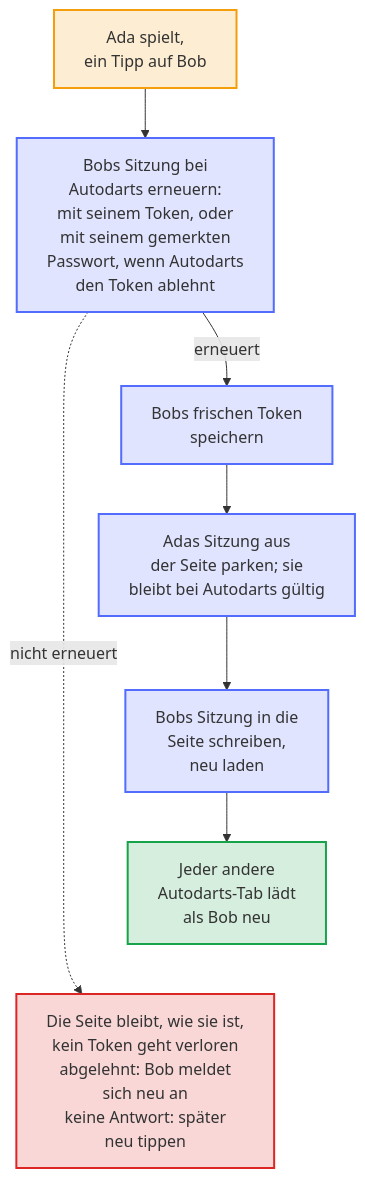
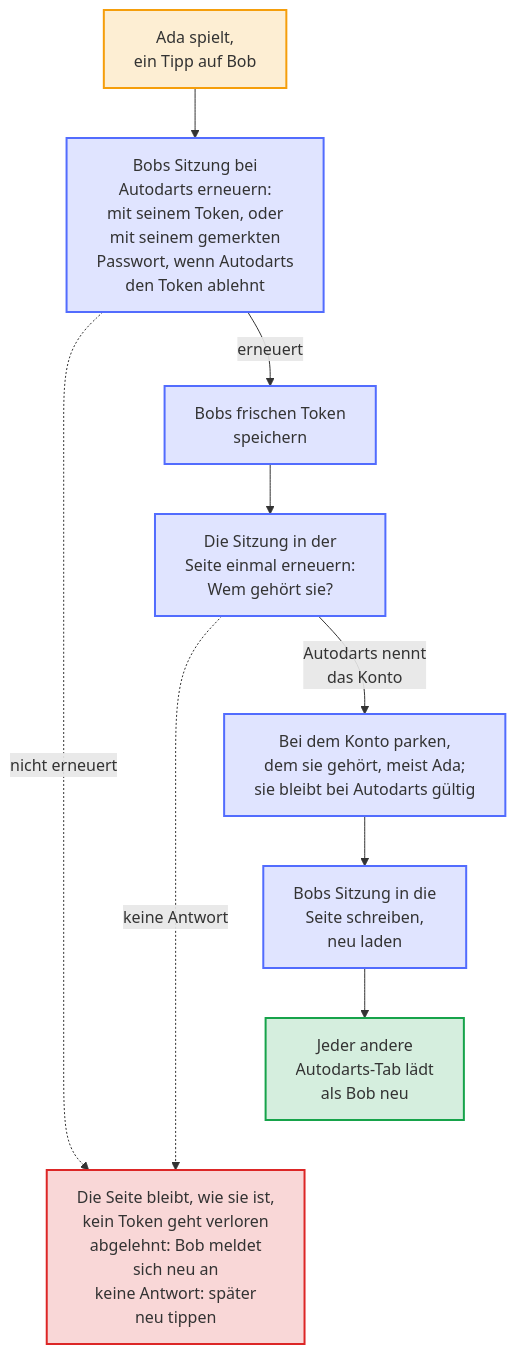
Before and after one commit to Dennis-Otto/player-switch-for-autodarts: the diagram in docs/diagrams/switch-flow.de.mmd, drawn with Mermaid. The commit also changed 25 other files, not shown here.

```diff
--- a/docs/diagrams/switch-flow.de.mmd
+++ b/docs/diagrams/switch-flow.de.mmd
@@ -1,31 +1,35 @@
 ---
 config:
   flowchart:
     wrappingWidth: 400
 ---
 flowchart TB
     accTitle: Was ein Tipp auf einen Spieler tut
-    accDescr: Ada spielt, und ein Tipp auf Bob wechselt. Die Erweiterung erneuert Bobs Sitzung bei Autodarts mit seinem geparkten Token oder, wenn Autodarts den Token ablehnt, mit seinem gemerkten Passwort. Klappt das nicht, bleibt die Seite, wie sie ist, und kein Token geht verloren: Hat Autodarts Bob abgelehnt, muss er sich neu anmelden, war Autodarts nicht erreichbar, versucht es ein späterer Tipp neu. Sonst speichert die Erweiterung Bobs frischen Token, parkt Adas Sitzung aus der Seite, bei Autodarts weiter gültig, schreibt Bobs Sitzung in die Seite und lädt sie neu, und jeder andere Autodarts-Tab lädt als Bob neu.
+    accDescr: Ada spielt, und ein Tipp auf Bob wechselt. Die Erweiterung erneuert Bobs Sitzung bei Autodarts mit seinem geparkten Token oder, wenn Autodarts den Token ablehnt, mit seinem gemerkten Passwort. Klappt das nicht, bleibt die Seite, wie sie ist, und kein Token geht verloren: Hat Autodarts Bob abgelehnt, muss er sich neu anmelden, war Autodarts nicht erreichbar, versucht es ein späterer Tipp neu. Sonst speichert die Erweiterung Bobs frischen Token und erneuert die Sitzung in der Seite einmal, um zu erfahren, wem sie gehört; ohne Antwort bleibt die Seite auch hier, wie sie ist. Sie parkt diese Sitzung bei dem Konto, dem sie gehört, bei Autodarts weiter gültig, meist bei Ada, schreibt Bobs Sitzung in die Seite und lädt sie neu, und jeder andere Autodarts-Tab lädt als Bob neu.
 
     tap["Ada spielt,<br>ein Tipp auf Bob"]
     renew["Bobs Sitzung bei<br>Autodarts erneuern:<br>mit seinem Token, oder<br>mit seinem gemerkten<br>Passwort, wenn Autodarts<br>den Token ablehnt"]
     stays["Die Seite bleibt, wie sie ist,<br>kein Token geht verloren<br>abgelehnt: Bob meldet<br>sich neu an<br>keine Antwort: später<br>neu tippen"]
     save["Bobs frischen Token<br>speichern"]
-    park["Adas Sitzung aus<br>der Seite parken; sie<br>bleibt bei Autodarts gültig"]
+    who["Die Sitzung in der<br>Seite einmal erneuern:<br>Wem gehört sie?"]
+    park["Bei dem Konto parken,<br>dem sie gehört, meist Ada;<br>sie bleibt bei Autodarts gültig"]
     write["Bobs Sitzung in die<br>Seite schreiben,<br>neu laden"]
     others["Jeder andere<br>Autodarts-Tab lädt<br>als Bob neu"]
 
     tap --> renew
     renew -- "erneuert" --> save
-    save --> park --> write --> others
+    save --> who
+    who -- "Autodarts nennt<br>das Konto" --> park
+    park --> write --> others
     renew -. "nicht erneuert" .-> stays
+    who -. "keine Antwort" .-> stays
     others ~~~ stays
 
     classDef bot fill:#526cfe2e,stroke:#526cfe,stroke-width:2px
     classDef done fill:#16a34a2e,stroke:#16a34a,stroke-width:2px
     classDef person fill:#f59e0b2e,stroke:#f59e0b,stroke-width:2px
     classDef failed fill:#dc26262e,stroke:#dc2626,stroke-width:2px
     class tap person
-    class renew,save,park,write bot
+    class renew,save,who,park,write bot
     class others done
     class stays failed
```
